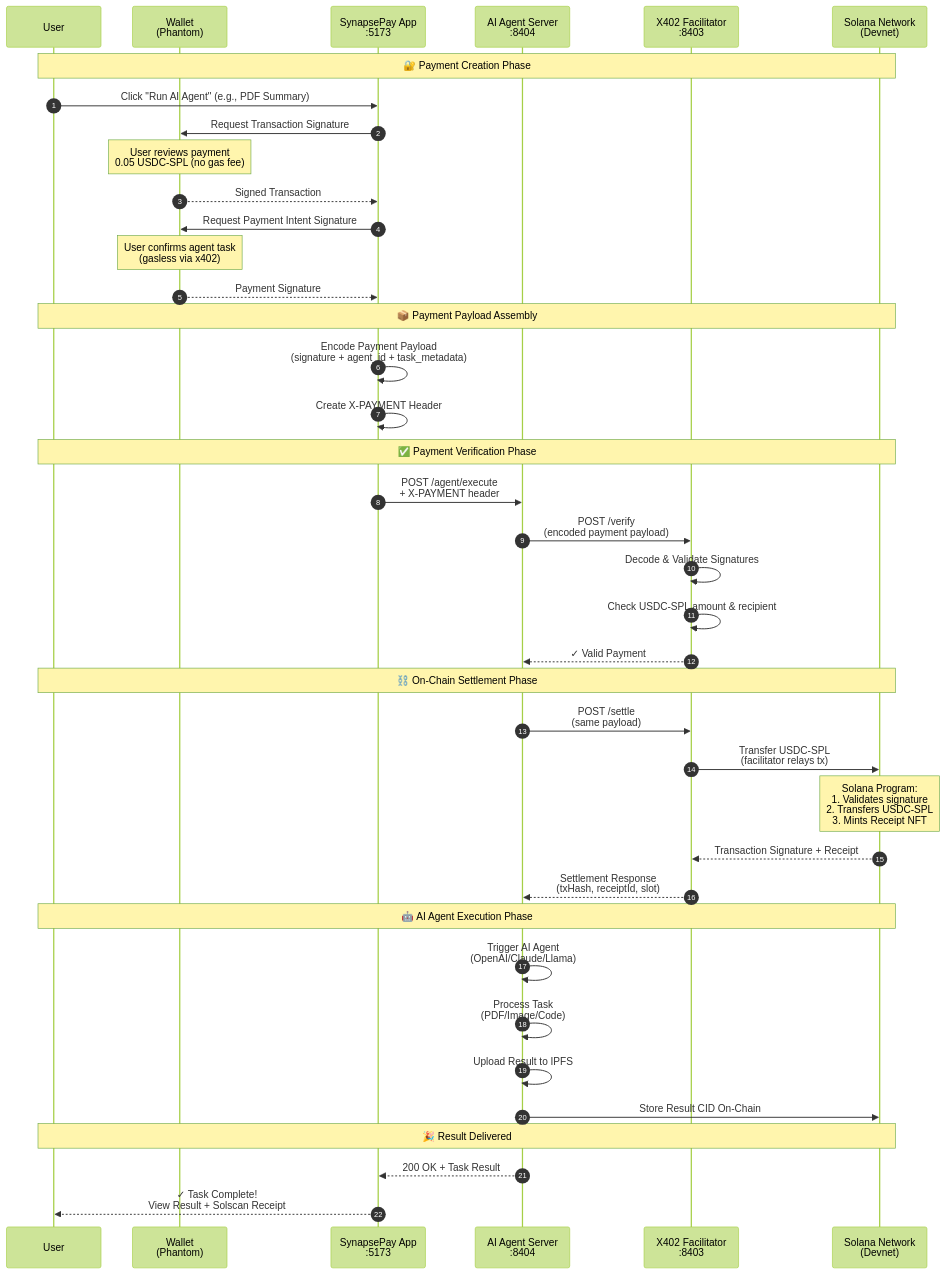
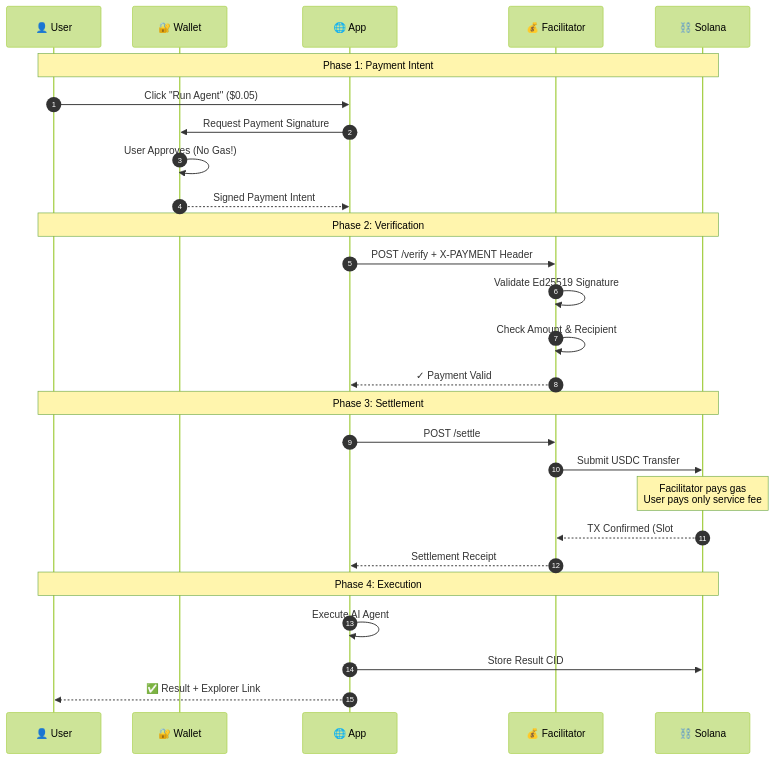
One commit to samarabdelhameed/SynapsePay changed the third of 5 diagrams in README.md. Above: the diagram before and after it, drawn with Mermaid (forest theme). The commit also changed other lines of this file, not shown here.

First line of the commit message:
📝 Complete README rewrite - Professional & Technical

````diff
--- a/README.md
+++ b/README.md
@@ -398,48 +328,33 @@
 ```mermaid
 sequenceDiagram
     autonumber
-    participant User
-    participant Wallet as Wallet<br/>(Phantom)
-    participant Web as SynapsePay App<br/>:5173
-    participant Resource as AI Agent Server<br/>:8404
-    participant Facilitator as X402 Facilitator<br/>:8403
-    participant Blockchain as Solana Network<br/>(Devnet)
+    participant U as 👤 User
+    participant W as 🔐 Wallet
+    participant A as 🌐 App
+    participant F as 💰 Facilitator
+    participant S as ⛓️ Solana
 
-    Note over User,Blockchain: 🔐 Payment Creation Phase
-    User->>Web: Click "Run AI Agent" (e.g., PDF Summary)
-    Web->>Wallet: Request Transaction Signature
-    Note over Wallet: User reviews payment<br/>0.05 USDC-SPL (no gas fee)
-    Wallet-->>Web: Signed Transaction
+    Note over U,S: Phase 1: Payment Intent
+    U->>A: Click "Run Agent" ($0.05)
+    A->>W: Request Payment Signature
+    W->>W: User Approves (No Gas!)
+    W-->>A: Signed Payment Intent
 
-    Web->>Wallet: Request Payment Intent Signature
-    Note over Wallet: User confirms agent task<br/>(gasless via x402)
-    Wallet-->>Web: Payment Signature
+    Note over U,S: Phase 2: Verification
+    A->>F: POST /verify + X-PAYMENT Header
+    F->>F: Validate Ed25519 Signature
+    F->>F: Check Amount & Recipient
+    F-->>A: ✓ Payment Valid
 
-    Note over User,Blockchain: 📦 Payment Payload Assembly
-    Web->>Web: Encode Payment Payload<br/>(signature + agent_id + task_metadata)
-    Web->>Web: Create X-PAYMENT Header
+    Note over U,S: Phase 3: Settlement
+    A->>F: POST /settle
+    F->>S: Submit USDC Transfer
+    Note over S: Facilitator pays gas<br/>User pays only service fee
+    S-->>F: TX Confirmed (Slot #xxxxx)
+    F-->>A: Settlement Receipt
 
-    Note over User,Blockchain: ✅ Payment Verification Phase
-    Web->>Resource: POST /agent/execute<br/>+ X-PAYMENT header
-    Resource->>Facilitator: POST /verify<br/>(encoded payment payload)
-    Facilitator->>Facilitator: Decode & Validate Signatures
-    Facilitator->>Facilitator: Check USDC-SPL amount & recipient
-    Facilitator-->>Resource: ✓ Valid Payment
-
-    Note over User,Blockchain: ⛓️ On-Chain Settlement Phase
-    Resource->>Facilitator: POST /settle<br/>(same payload)
-    Facilitator->>Blockchain: Transfer USDC-SPL<br/>(facilitator relays tx)
-    Note over Blockchain: Solana Program:<br/>1. Validates signature<br/>2. Transfers USDC-SPL<br/>3. Mints Receipt NFT
-    Blockchain-->>Facilitator: Transaction Signature + Receipt
-    Facilitator-->>Resource: Settlement Response<br/>(txHash, receiptId, slot)
-
-    Note over User,Blockchain: 🤖 AI Agent Execution Phase
-    Resource->>Resource: Trigger AI Agent<br/>(OpenAI/Claude/Llama)
-    Resource->>Resource: Process Task<br/>(PDF/Image/Code)
-    Resource->>Resource: Upload Result to IPFS
-    Resource->>Blockchain: Store Result CID On-Chain
-
-    Note over User,Blockchain: 🎉 Result Delivered
-    Resource-->>Web: 200 OK + Task Result
-    Web-->>User: ✓ Task Complete!<br/>View Result + Solscan Receipt
+    Note over U,S: Phase 4: Execution
+    A->>A: Execute AI Agent
+    A->>S: Store Result CID
+    A-->>U: ✅ Result + Explorer Link
 ```
````
